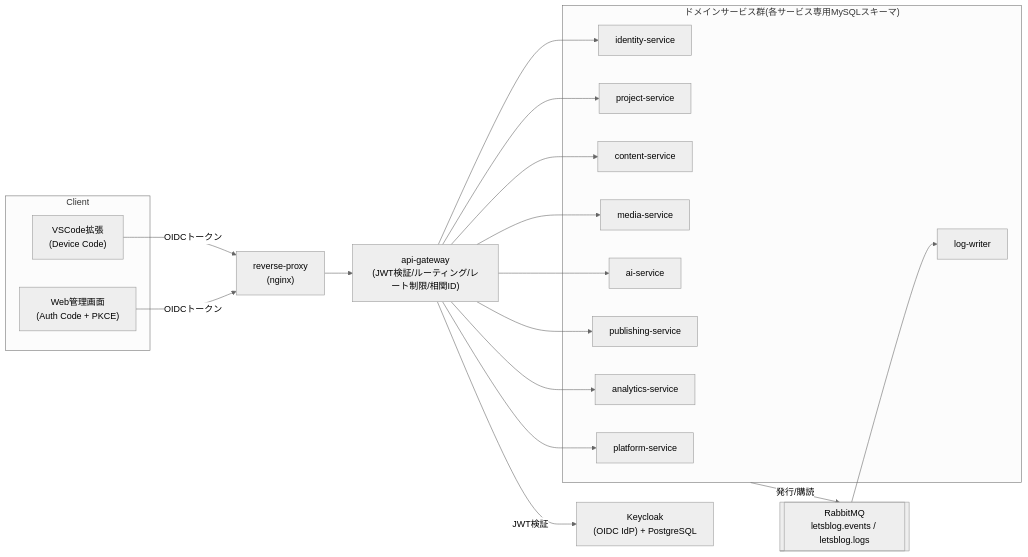
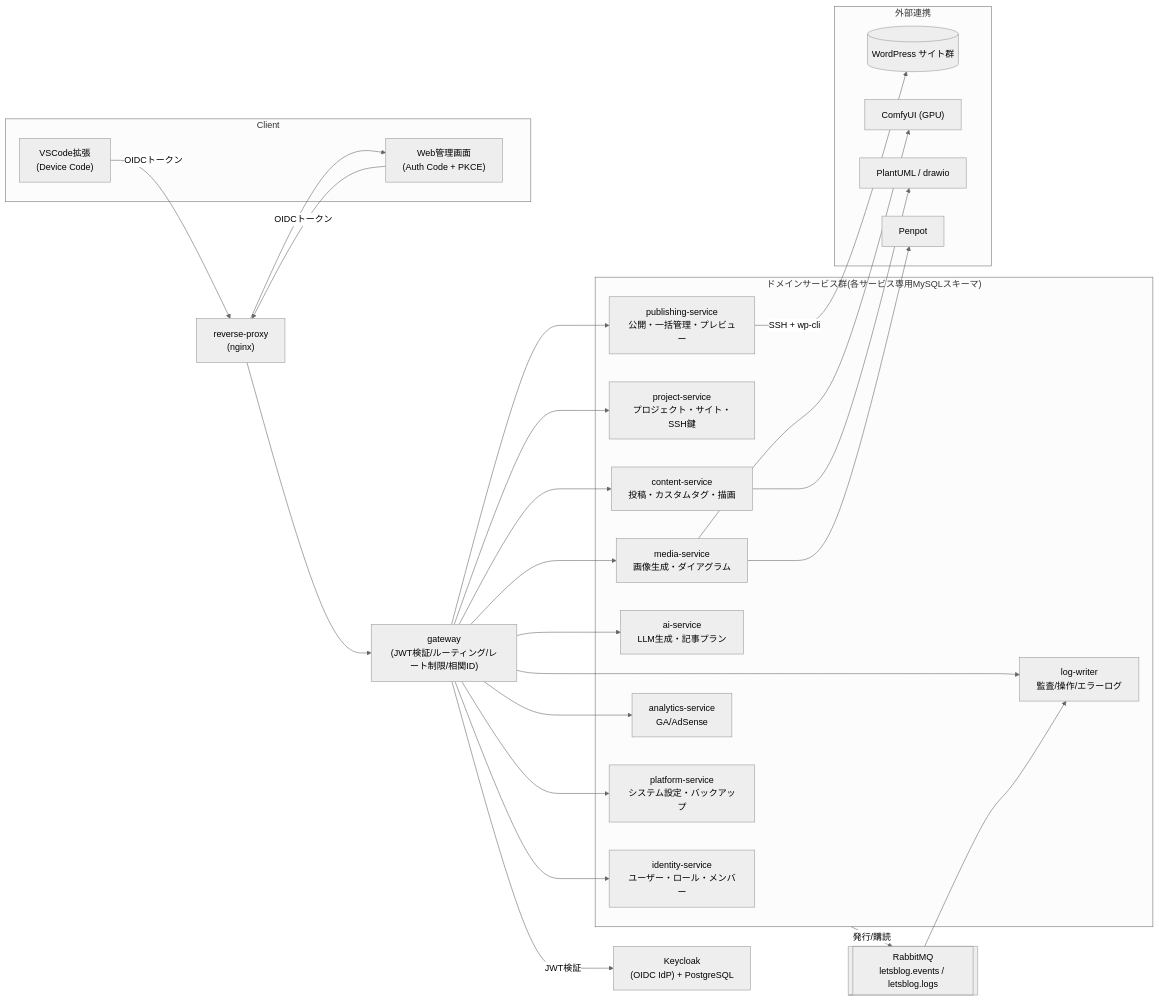
One commit to tonoccho/lets_blog_server changed the diagram in README.md. Above: the diagram before and after it, drawn with Mermaid (neutral theme). The commit also changed other lines of this file and 17 other files, not shown here.

````diff
--- a/README.md
+++ b/README.md
@@ -69,40 +20,53 @@
 ```mermaid
 flowchart LR
     subgraph Client
         VSCode["VSCode拡張<br/>(Device Code)"]
         Web["Web管理画面<br/>(Auth Code + PKCE)"]
     end
 
     RP["reverse-proxy<br/>(nginx)"]
-    GW["api-gateway<br/>(JWT検証/ルーティング/レート制限/相関ID)"]
+    GW["gateway<br/>(JWT検証/ルーティング/レート制限/相関ID)"]
     KC["Keycloak<br/>(OIDC IdP) + PostgreSQL"]
 
     subgraph Services["ドメインサービス群(各サービス専用MySQLスキーマ)"]
-        Identity["identity-service"]
-        Project["project-service"]
-        Content["content-service"]
-        Media["media-service"]
-        AI["ai-service"]
-        Publishing["publishing-service"]
-        Analytics["analytics-service"]
-        Platform["platform-service"]
-        LogW["log-writer"]
+        Identity["identity-service<br/>ユーザー・ロール・メンバー"]
+        Project["project-service<br/>プロジェクト・サイト・SSH鍵"]
+        Content["content-service<br/>投稿・カスタムタグ・描画"]
+        Media["media-service<br/>画像生成・ダイアグラム"]
+        AI["ai-service<br/>LLM生成・記事プラン"]
+        Publishing["publishing-service<br/>公開・一括管理・プレビュー"]
+        Analytics["analytics-service<br/>GA/AdSense"]
+        Platform["platform-service<br/>システム設定・バックアップ"]
+        LogW["log-writer<br/>監査/操作/エラーログ"]
     end
 
     Events[["RabbitMQ<br/>letsblog.events / letsblog.logs"]]
 
+    subgraph External["外部連携"]
+        WP[("WordPress サイト群")]
+        ComfyUI["ComfyUI (GPU)"]
+        PlantUML["PlantUML / drawio"]
+        Penpot["Penpot"]
+    end
+
     VSCode -- OIDCトークン --> RP
     Web -- OIDCトークン --> RP
     RP --> GW
+    RP --> Web
     GW -- JWT検証 --> KC
     GW --> Identity
     GW --> Project
     GW --> Content
     GW --> Media
     GW --> AI
     GW --> Publishing
     GW --> Analytics
     GW --> Platform
+    GW --> LogW
     Services -- 発行/購読 --> Events
     Events --> LogW
+    Publishing -- "SSH + wp-cli" --> WP
+    Media --> ComfyUI
+    Media --> Penpot
+    Content --> PlantUML
 ```
````
